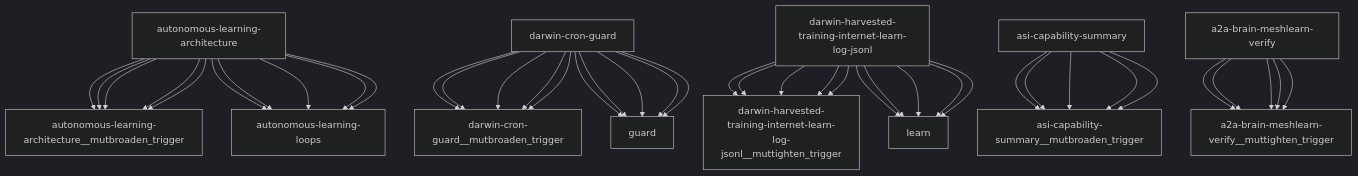
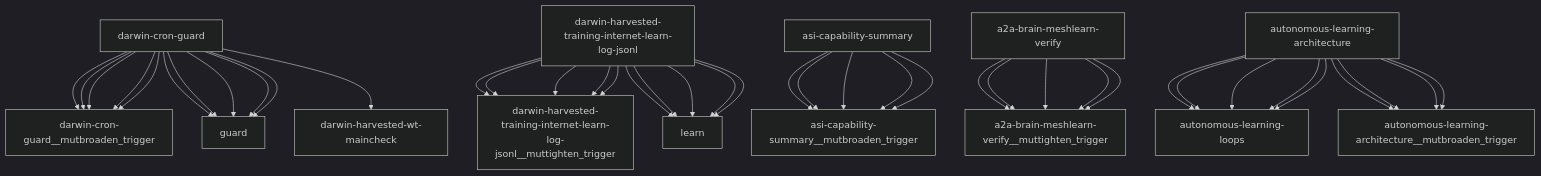
One commit to openamer/openamer changed the diagram in reports/darwin-report.md. Above: the diagram before and after it, drawn with Mermaid (dark theme). The commit also changed other lines of this file and 6 other files, not shown here.

````diff
--- a/reports/darwin-report.md
+++ b/reports/darwin-report.md
@@ -75,43 +75,43 @@
 ```mermaid
 graph TD
-    autonomous-learning-architecture["autonomous-learning-architecture"] --> autonomous-learning-architecture__mutbroaden_trigger["autonomous-learning-architecture__mutbroaden_trigger"]
     darwin-cron-guard["darwin-cron-guard"] --> darwin-cron-guard__mutbroaden_trigger["darwin-cron-guard__mutbroaden_trigger"]
     darwin-harvested-training-internet-learn-log-jsonl["darwin-harvested-training-internet-learn-log-jsonl"] --> darwin-harvested-training-internet-learn-log-jsonl__muttighten_trigger["darwin-harvested-training-internet-learn-log-jsonl__muttighten_trigger"]
     asi-capability-summary["asi-capability-summary"] --> asi-capability-summary__mutbroaden_trigger["asi-capability-summary__mutbroaden_trigger"]
     a2a-brain-meshlearn-verify["a2a-brain-meshlearn-verify"] --> a2a-brain-meshlearn-verify__muttighten_trigger["a2a-brain-meshlearn-verify__muttighten_trigger"]
     autonomous-learning-architecture["autonomous-learning-architecture"] --> autonomous-learning-loops["autonomous-learning-loops"]
     darwin-cron-guard["darwin-cron-guard"] --> guard["guard"]
     darwin-harvested-training-internet-learn-log-jsonl["darwin-harvested-training-internet-learn-log-jsonl"] --> learn["learn"]
     autonomous-learning-architecture["autonomous-learning-architecture"] --> autonomous-learning-architecture__mutbroaden_trigger["autonomous-learning-architecture__mutbroaden_trigger"]
     darwin-cron-guard["darwin-cron-guard"] --> darwin-cron-guard__mutbroaden_trigger["darwin-cron-guard__mutbroaden_trigger"]
     darwin-harvested-training-internet-learn-log-jsonl["darwin-harvested-training-internet-learn-log-jsonl"] --> darwin-harvested-training-internet-learn-log-jsonl__muttighten_trigger["darwin-harvested-training-internet-learn-log-jsonl__muttighten_trigger"]
     asi-capability-summary["asi-capability-summary"] --> asi-capability-summary__mutbroaden_trigger["asi-capability-summary__mutbroaden_trigger"]
     a2a-brain-meshlearn-verify["a2a-brain-meshlearn-verify"] --> a2a-brain-meshlearn-verify__muttighten_trigger["a2a-brain-meshlearn-verify__muttighten_trigger"]
     autonomous-learning-architecture["autonomous-learning-architecture"] --> autonomous-learning-loops["autonomous-learning-loops"]
     darwin-cron-guard["darwin-cron-guard"] --> guard["guard"]
     darwin-harvested-training-internet-learn-log-jsonl["darwin-harvested-training-internet-learn-log-jsonl"] --> learn["learn"]
+    darwin-cron-guard["darwin-cron-guard"] --> darwin-cron-guard__mutbroaden_trigger["darwin-cron-guard__mutbroaden_trigger"]
     autonomous-learning-architecture["autonomous-learning-architecture"] --> autonomous-learning-architecture__mutbroaden_trigger["autonomous-learning-architecture__mutbroaden_trigger"]
-    darwin-cron-guard["darwin-cron-guard"] --> darwin-cron-guard__mutbroaden_trigger["darwin-cron-guard__mutbroaden_trigger"]
     darwin-harvested-training-internet-learn-log-jsonl["darwin-harvested-training-internet-learn-log-jsonl"] --> darwin-harvested-training-internet-learn-log-jsonl__muttighten_trigger["darwin-harvested-training-internet-learn-log-jsonl__muttighten_trigger"]
     asi-capability-summary["asi-capability-summary"] --> asi-capability-summary__mutbroaden_trigger["asi-capability-summary__mutbroaden_trigger"]
     a2a-brain-meshlearn-verify["a2a-brain-meshlearn-verify"] --> a2a-brain-meshlearn-verify__muttighten_trigger["a2a-brain-meshlearn-verify__muttighten_trigger"]
+    darwin-cron-guard["darwin-cron-guard"] --> guard["guard"]
     autonomous-learning-architecture["autonomous-learning-architecture"] --> autonomous-learning-loops["autonomous-learning-loops"]
-    darwin-cron-guard["darwin-cron-guard"] --> guard["guard"]
     darwin-harvested-training-internet-learn-log-jsonl["darwin-harvested-training-internet-learn-log-jsonl"] --> learn["learn"]
+    darwin-cron-guard["darwin-cron-guard"] --> darwin-cron-guard__mutbroaden_trigger["darwin-cron-guard__mutbroaden_trigger"]
     autonomous-learning-architecture["autonomous-learning-architecture"] --> autonomous-learning-architecture__mutbroaden_trigger["autonomous-learning-architecture__mutbroaden_trigger"]
-    darwin-cron-guard["darwin-cron-guard"] --> darwin-cron-guard__mutbroaden_trigger["darwin-cron-guard__mutbroaden_trigger"]
     darwin-harvested-training-internet-learn-log-jsonl["darwin-harvested-training-internet-learn-log-jsonl"] --> darwin-harvested-training-internet-learn-log-jsonl__muttighten_trigger["darwin-harvested-training-internet-learn-log-jsonl__muttighten_trigger"]
     asi-capability-summary["asi-capability-summary"] --> asi-capability-summary__mutbroaden_trigger["asi-capability-summary__mutbroaden_trigger"]
     a2a-brain-meshlearn-verify["a2a-brain-meshlearn-verify"] --> a2a-brain-meshlearn-verify__muttighten_trigger["a2a-brain-meshlearn-verify__muttighten_trigger"]
+    darwin-cron-guard["darwin-cron-guard"] --> darwin-harvested-wt-maincheck["darwin-harvested-wt-maincheck"]
+    darwin-cron-guard["darwin-cron-guard"] --> guard["guard"]
     autonomous-learning-architecture["autonomous-learning-architecture"] --> autonomous-learning-loops["autonomous-learning-loops"]
-    darwin-cron-guard["darwin-cron-guard"] --> guard["guard"]
     darwin-harvested-training-internet-learn-log-jsonl["darwin-harvested-training-internet-learn-log-jsonl"] --> learn["learn"]
+    darwin-cron-guard["darwin-cron-guard"] --> darwin-cron-guard__mutbroaden_trigger["darwin-cron-guard__mutbroaden_trigger"]
     autonomous-learning-architecture["autonomous-learning-architecture"] --> autonomous-learning-architecture__mutbroaden_trigger["autonomous-learning-architecture__mutbroaden_trigger"]
-    darwin-cron-guard["darwin-cron-guard"] --> darwin-cron-guard__mutbroaden_trigger["darwin-cron-guard__mutbroaden_trigger"]
     darwin-harvested-training-internet-learn-log-jsonl["darwin-harvested-training-internet-learn-log-jsonl"] --> darwin-harvested-training-internet-learn-log-jsonl__muttighten_trigger["darwin-harvested-training-internet-learn-log-jsonl__muttighten_trigger"]
     asi-capability-summary["asi-capability-summary"] --> asi-capability-summary__mutbroaden_trigger["asi-capability-summary__mutbroaden_trigger"]
     a2a-brain-meshlearn-verify["a2a-brain-meshlearn-verify"] --> a2a-brain-meshlearn-verify__muttighten_trigger["a2a-brain-meshlearn-verify__muttighten_trigger"]
+    darwin-cron-guard["darwin-cron-guard"] --> guard["guard"]
     autonomous-learning-architecture["autonomous-learning-architecture"] --> autonomous-learning-loops["autonomous-learning-loops"]
-    darwin-cron-guard["darwin-cron-guard"] --> guard["guard"]
     darwin-harvested-training-internet-learn-log-jsonl["darwin-harvested-training-internet-learn-log-jsonl"] --> learn["learn"]
 ```
````
